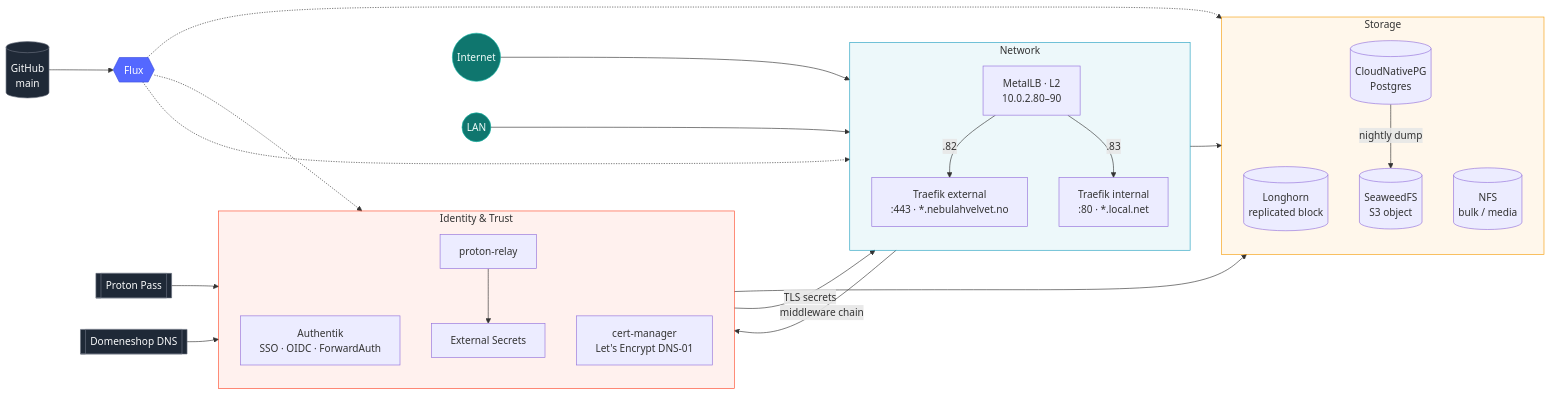
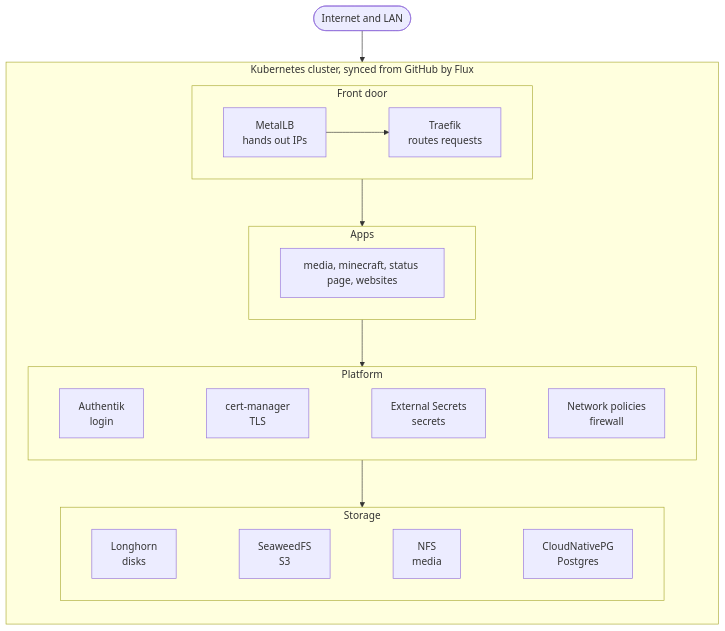
One commit to stianmjo/homelab-nebulahvelvet changed the diagram in README.md. Above: the diagram before and after it, drawn with Mermaid. The commit also changed other lines of this file, not shown here.

Commit message:
README: simpler layered overview, network policies section

````diff
--- a/README.md
+++ b/README.md
@@ -14,50 +16,31 @@
 ```mermaid
-flowchart LR
-    git[("GitHub<br/>main")]:::src --> flux{{"Flux"}}:::gitops
+flowchart TB
+    users(["Internet and LAN"])
 
-    subgraph net["Network"]
+    subgraph cluster["Kubernetes cluster, synced from GitHub by Flux"]
         direction TB
-        mlb["MetalLB · L2<br/>10.0.2.80–90"]
-        ext["Traefik external<br/>:443 · *.nebulahvelvet.no"]
-        int["Traefik internal<br/>:80 · *.local.net"]
-        mlb -- ".82" --> ext
-        mlb -- ".83" --> int
+
+        subgraph edge["Front door"]
+            direction LR
+            mlb["MetalLB<br/>hands out IPs"] --> traefik["Traefik<br/>routes requests"]
+        end
+
+        subgraph apps["Apps"]
+            apps1["media, minecraft, status page, websites"]
+        end
+
+        subgraph platform["Platform"]
+            direction LR
+            ak["Authentik<br/>login"] ~~~ certs["cert-manager<br/>TLS"] ~~~ secrets["External Secrets<br/>secrets"] ~~~ netpol["Network policies<br/>firewall"]
+        end
+
+        subgraph storage["Storage"]
+            direction LR
+            lh["Longhorn<br/>disks"] ~~~ sw["SeaweedFS<br/>S3"] ~~~ nfs["NFS<br/>media"] ~~~ pg["CloudNativePG<br/>Postgres"]
+        end
+
+        edge --> apps --> platform --> storage
     end
 
-    subgraph sec["Identity & Trust"]
-        direction TB
-        ak["Authentik<br/>SSO · OIDC · ForwardAuth"]
-        cm["cert-manager<br/>Let's Encrypt DNS-01"]
-        eso["External Secrets"]
-        relay["proton-relay"]
-        relay --> eso
-    end
-
-    subgraph data["Storage"]
-        direction TB
-        lh[("Longhorn<br/>replicated block")]
-        sw[("SeaweedFS<br/>S3 object")]
-        nfs[("NFS<br/>bulk / media")]
-        pg[("CloudNativePG<br/>Postgres")]
-    end
-
-    internet((Internet)):::edge --> mlb
-    lan((LAN)):::edge --> mlb
-    pass[["Proton Pass"]]:::src --> relay
-    dns[["Domeneshop DNS"]]:::src --> cm
-
-    ext -- "middleware chain" --> ak
-    cm -- "TLS secrets" --> ext
-    ak --> pg
-    pg -- "nightly dump" --> sw
-    int --> sw
-
-    flux -.-> net & sec & data
-
-    classDef src fill:#1f2937,stroke:#6b7280,color:#f9fafb
-    classDef edge fill:#0f766e,stroke:#14b8a6,color:#f0fdfa
-    classDef gitops fill:#5468ff,stroke:#3b4fe0,color:#fff
-    style net fill:#24a1c114,stroke:#24a1c1
-    style sec fill:#fd4b2d14,stroke:#fd4b2d
-    style data fill:#f59e0b14,stroke:#f59e0b
+    users --> edge
 ```
````
